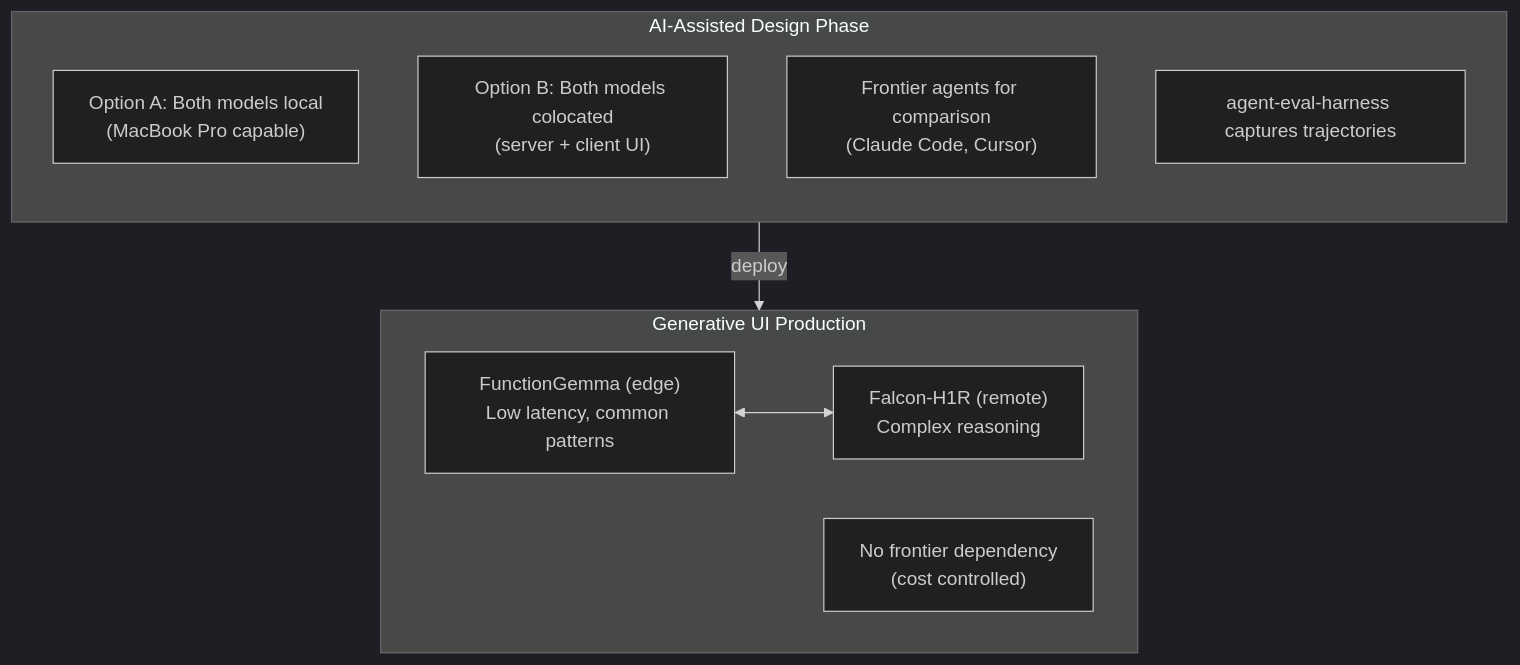
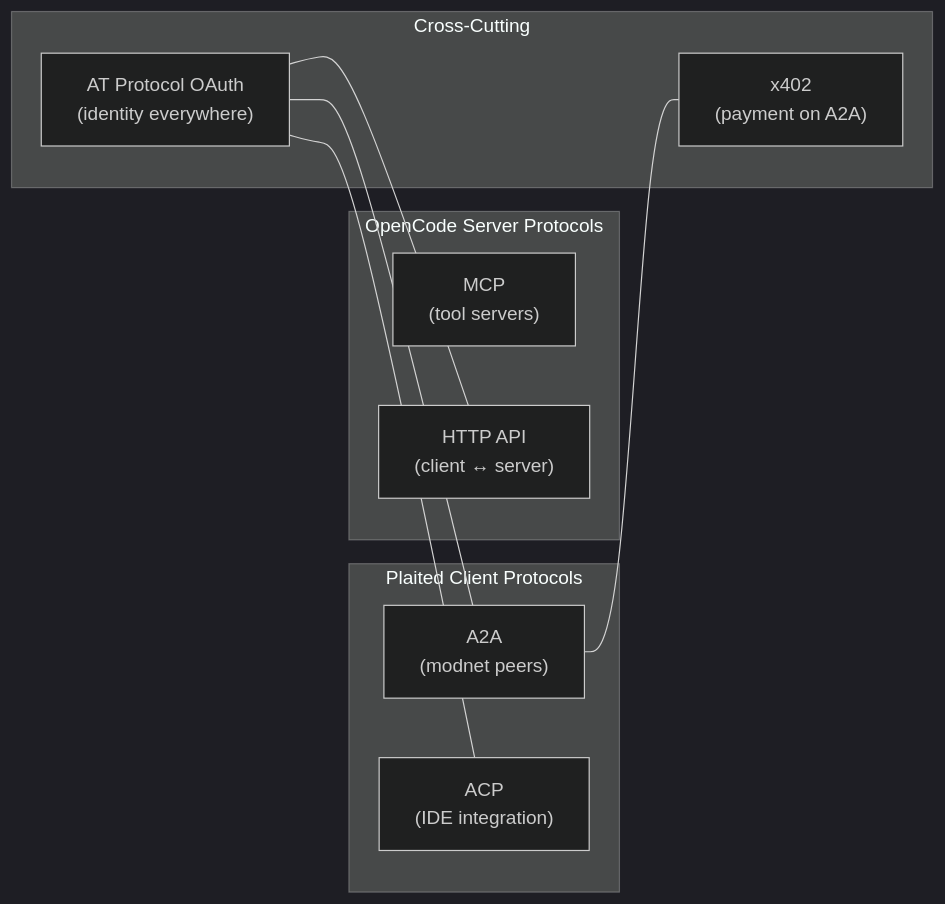
Before and after one commit to plaited/plaited: the second of 12 diagrams in PLAITED-AGENT-PLAN.md, drawn with Mermaid (dark theme). The commit also changed other lines of this file and 1 other file, not shown here.

First line of the commit message:
docs(agent): update plan to V8 — generative UI client + modnet architecture

````diff
--- a/PLAITED-AGENT-PLAN.md
+++ b/PLAITED-AGENT-PLAN.md
@@ -132,21 +111,22 @@
 ```mermaid
-flowchart TB
-    subgraph AIAssisted["AI-Assisted Design Phase"]
-        direction TB
-        LocalDev["Option A: Both models local<br/>(MacBook Pro capable)"]
-        ColocatedDev["Option B: Both models colocated<br/>(server + client UI)"]
-
-        FrontierCompare["Frontier agents for comparison<br/>(Claude Code, Cursor)"]
-        HarnessTraining["agent-eval-harness captures trajectories"]
+flowchart LR
+    subgraph ClientProtos["Plaited Client Protocols"]
+        A2A["A2A<br/>(modnet peers)"]
+        ACP["ACP<br/>(IDE integration)"]
     end
 
-    subgraph Production["Generative UI Production"]
-        EdgeProd["FunctionGemma (edge)<br/>Low latency, common patterns"]
-        RemoteProd["Falcon-H1R (remote)<br/>Complex reasoning"]
-        NoFrontier["No frontier dependency<br/>(cost controlled)"]
-
-        EdgeProd <--> RemoteProd
+    subgraph ServerProtos["OpenCode Server Protocols"]
+        MCP["MCP<br/>(tool servers)"]
+        HTTP["HTTP API<br/>(client ↔ server)"]
     end
 
-    AIAssisted -->|"deploy"| Production
+    subgraph CrossCutting["Cross-Cutting"]
+        ATP["AT Protocol OAuth<br/>(identity everywhere)"]
+        X402["x402<br/>(payment on A2A)"]
+    end
+
+    A2A --- X402
+    ATP --- A2A
+    ATP --- ACP
+    ATP --- HTTP
 ```
````
